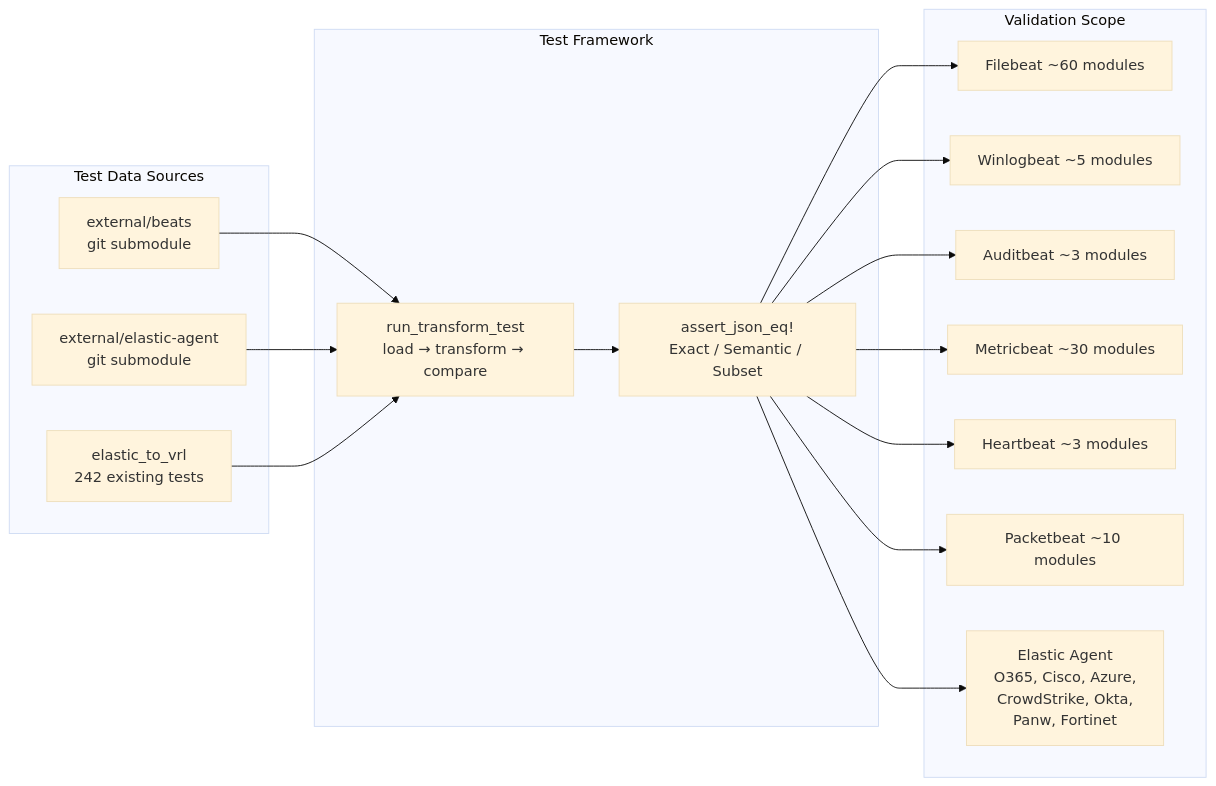
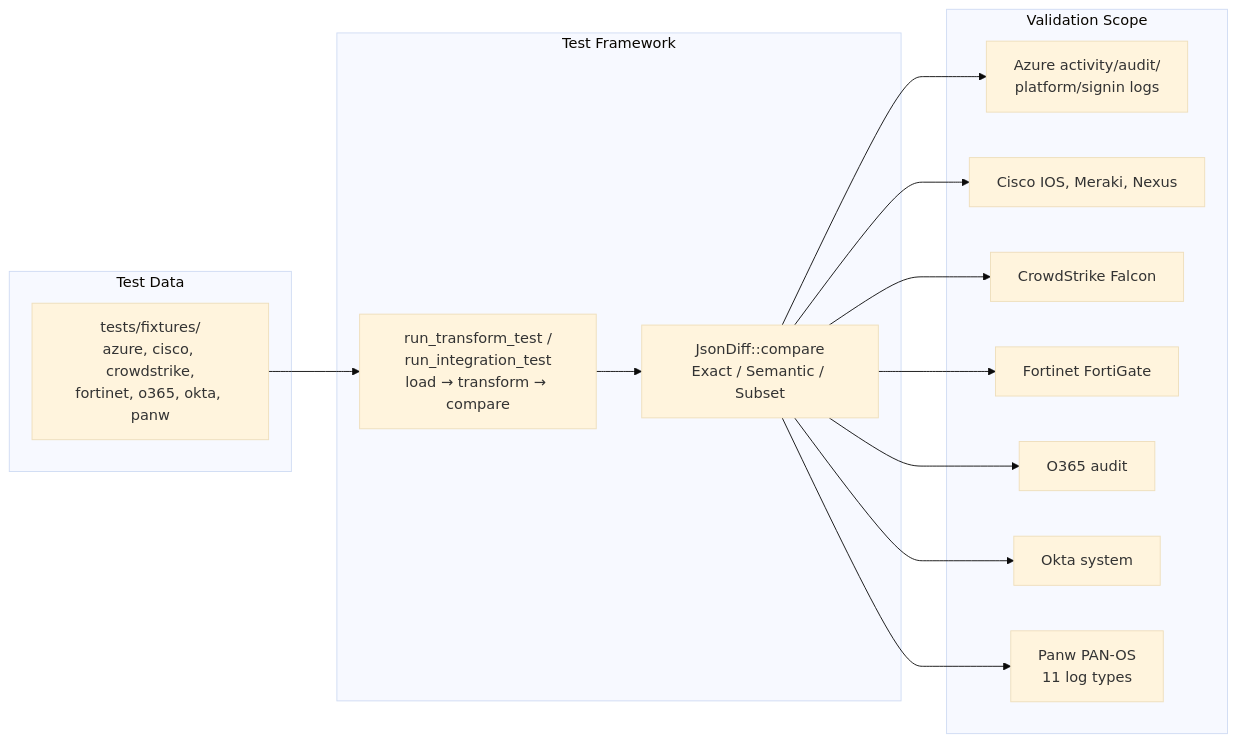
The eighth of 8 diagrams in docs/DESIGN.md (hyperi-io/dfe-transform-elastic), drawn with Mermaid (base theme) before and after one commit. The commit also changed other lines of this file and 2 other files, not shown here.

````diff
--- a/docs/DESIGN.md
+++ b/docs/DESIGN.md
@@ -651,29 +588,24 @@
 ```mermaid
 flowchart LR
-    subgraph "Test Data Sources"
-        beats[external/beats<br/>git submodule]
-        agent[external/elastic-agent<br/>git submodule]
-        etv[elastic_to_vrl<br/>242 existing tests]
+    subgraph "Test Data"
+        fixtures[tests/fixtures/<br/>azure, cisco, crowdstrike,<br/>fortinet, o365, okta, panw]
     end
 
     subgraph "Test Framework"
-        harness[run_transform_test<br/>load → transform → compare]
-        cmp[assert_json_eq!<br/>Exact / Semantic / Subset]
+        harness[run_transform_test /<br/>run_integration_test<br/>load → transform → compare]
+        cmp[JsonDiff::compare<br/>Exact / Semantic / Subset]
     end
 
     subgraph "Validation Scope"
-        fb[Filebeat ~60 modules]
-        wb[Winlogbeat ~5 modules]
-        ab[Auditbeat ~3 modules]
-        mb[Metricbeat ~30 modules]
-        hb[Heartbeat ~3 modules]
-        pb[Packetbeat ~10 modules]
-        ea[Elastic Agent<br/>O365, Cisco, Azure,<br/>CrowdStrike, Okta,<br/>Panw, Fortinet]
+        az[Azure activity/audit/<br/>platform/signin logs]
+        ci[Cisco IOS, Meraki, Nexus]
+        cs[CrowdStrike Falcon]
+        fn[Fortinet FortiGate]
+        o3[O365 audit]
+        ok[Okta system]
+        pw[Panw PAN-OS<br/>11 log types]
     end
 
-    beats --> harness
-    agent --> harness
-    etv --> harness
-    harness --> cmp
-    cmp --> fb & wb & ab & mb & hb & pb & ea
+    fixtures --> harness --> cmp
+    cmp --> az & ci & cs & fn & o3 & ok & pw
 ```
````
